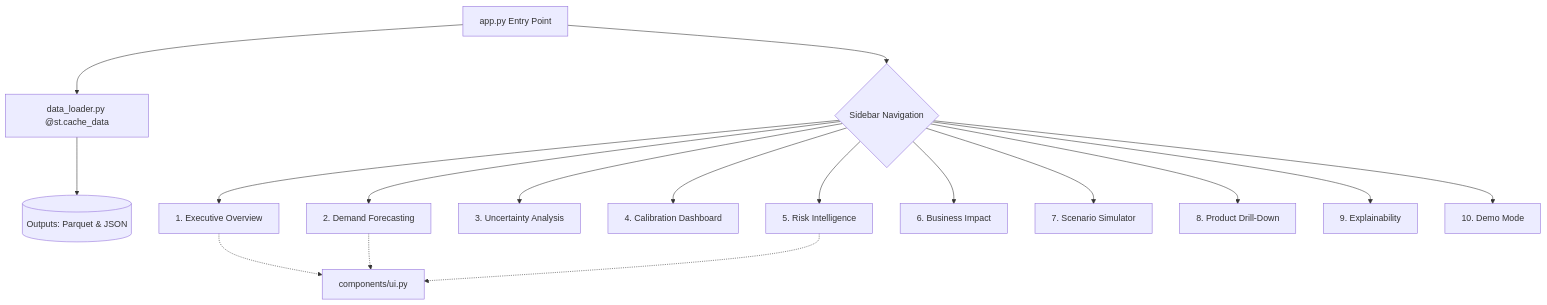
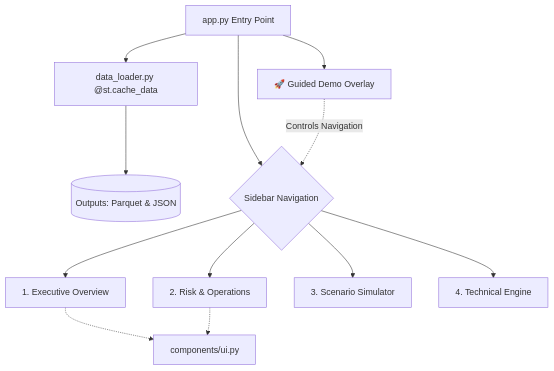
Before and after one commit to achyutakumarsingh/cognify: the fourth of 4 diagrams in outputs/submission/2_ARCHITECTURE_DIAGRAMS.md, drawn with Mermaid. The commit also changed 18 other files, not shown here.

Commit message:
Refactor dashboard into 4 high-impact pages, integrate mock ERP actions, dynamic simulator controls, technical assumptions, and global Guided Demo mode

````diff
--- a/outputs/submission/2_ARCHITECTURE_DIAGRAMS.md
+++ b/outputs/submission/2_ARCHITECTURE_DIAGRAMS.md
@@ -132,22 +132,18 @@
 ```mermaid
 graph TD
     A[app.py Entry Point] --> B[data_loader.py @st.cache_data]
     B --> C[(Outputs: Parquet & JSON)]
     
     A --> D{Sidebar Navigation}
+    A --> E[🚀 Guided Demo Overlay]
     
     D --> P1[1. Executive Overview]
-    D --> P2[2. Demand Forecasting]
-    D --> P3[3. Uncertainty Analysis]
-    D --> P4[4. Calibration Dashboard]
-    D --> P5[5. Risk Intelligence]
-    D --> P6[6. Business Impact]
-    D --> P7[7. Scenario Simulator]
-    D --> P8[8. Product Drill-Down]
-    D --> P9[9. Explainability]
-    D --> P10[10. Demo Mode]
+    D --> P2[2. Risk & Operations]
+    D --> P3[3. Scenario Simulator]
+    D --> P4[4. Technical Engine]
+    
+    E -.->|Controls Navigation| D
     
     P1 -.-> U[components/ui.py]
     P2 -.-> U
-    P5 -.-> U
 ```
````
